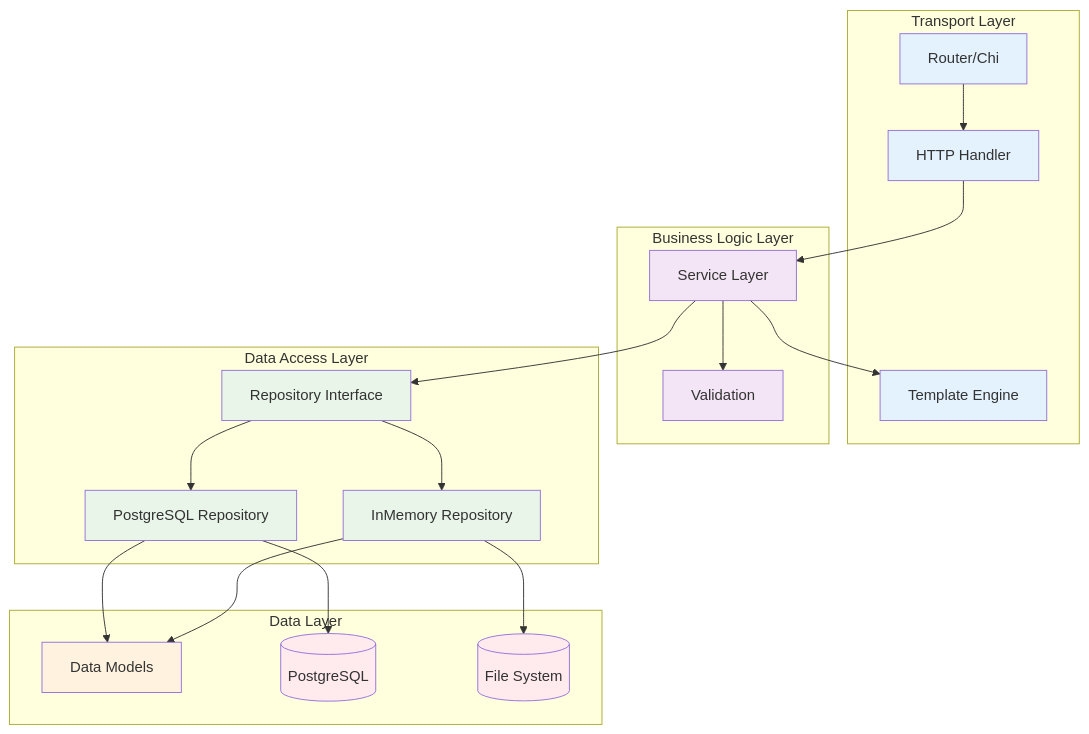
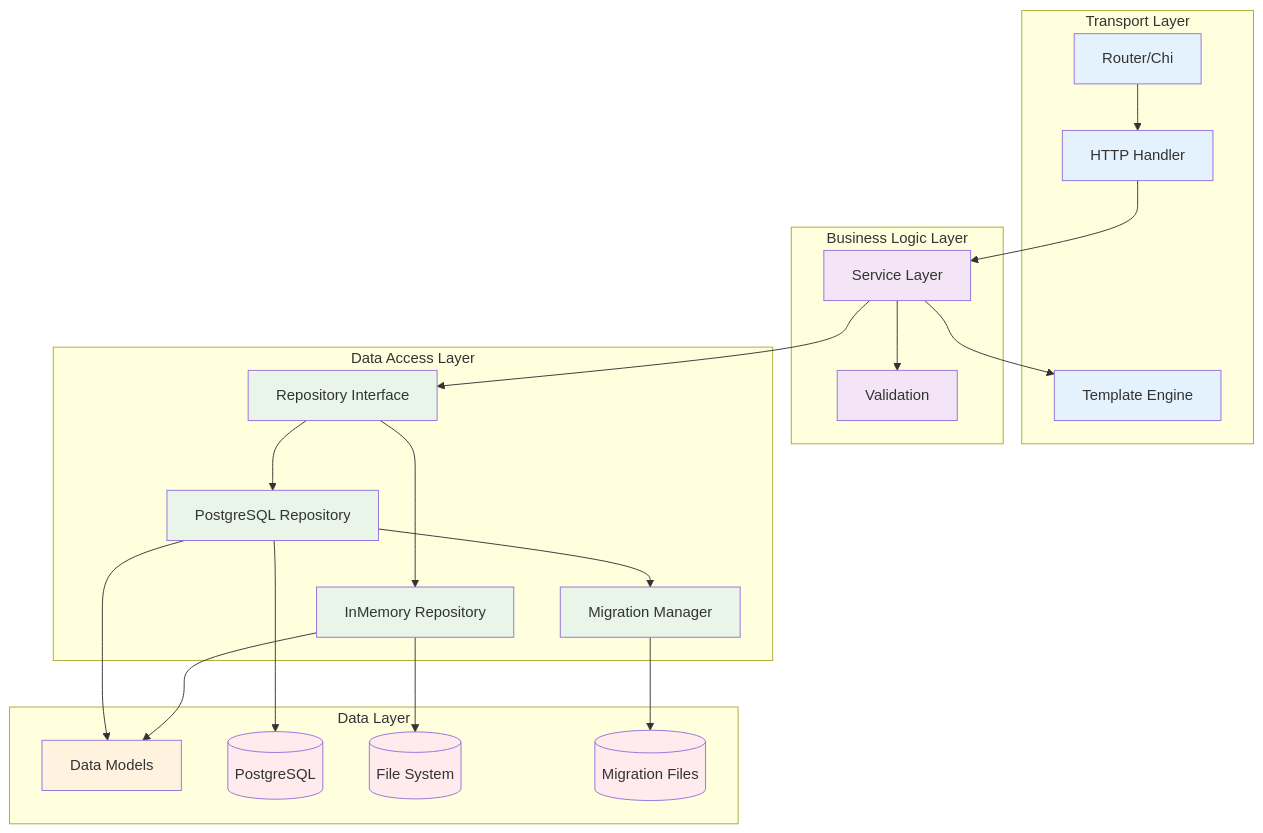
Before and after one commit to IgorKilipenko/metrical: the first of 2 diagrams in cmd/server/README.md, drawn with Mermaid. The commit also changed other lines of this file and 3 other files, not shown here.

````diff
--- a/cmd/server/README.md
+++ b/cmd/server/README.md
@@ -506,49 +536,55 @@
 ```mermaid
 graph TB
     subgraph "Transport Layer"
         H[HTTP Handler]
         R[Router/Chi]
         T[Template Engine]
     end
     
     subgraph "Business Logic Layer"
         S[Service Layer]
         VAL[Validation]
     end
     
     subgraph "Data Access Layer"
         REPO[Repository Interface]
         IMR[InMemory Repository]
         PGR[PostgreSQL Repository]
+        MIG[Migration Manager]
     end
     
     subgraph "Data Layer"
         MODELS[Data Models]
         PG[(PostgreSQL)]
         FS[(File System)]
+        MIG_FILES[(Migration Files)]
     end
     
     H --> S
     R --> H
     S --> REPO
     REPO --> IMR
     REPO --> PGR
+    PGR --> MIG
+    MIG --> MIG_FILES
     IMR --> FS
     PGR --> PG
     IMR --> MODELS
     PGR --> MODELS
     S --> T
     S --> VAL
     
     style H fill:#e3f2fd
     style R fill:#e3f2fd
     style T fill:#e3f2fd
     style S fill:#f3e5f5
     style VAL fill:#f3e5f5
     style REPO fill:#e8f5e8
     style IMR fill:#e8f5e8
     style PGR fill:#e8f5e8
+    style MIG fill:#e8f5e8
     style MODELS fill:#fff3e0
     style PG fill:#ffebee
     style FS fill:#ffebee
+    style MIG_FILES fill:#ffebee
 ```
````
